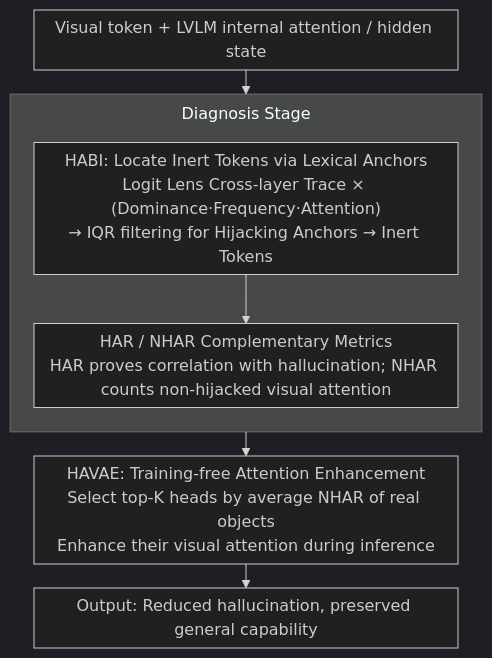
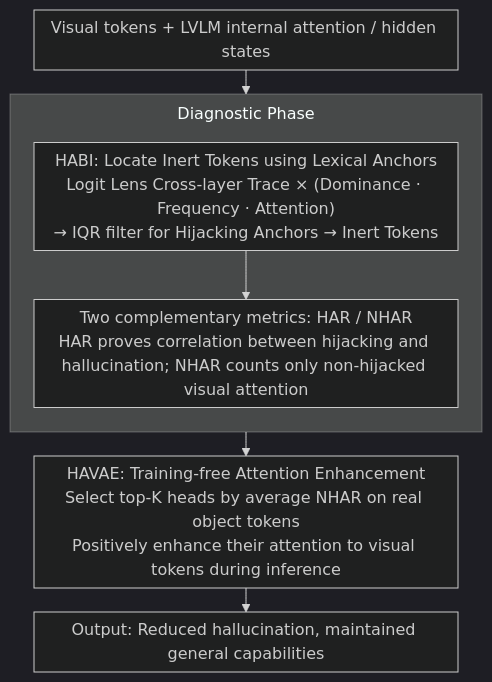
Before and after one commit to zhaoyang97/Paper-Notes-en: the diagram in docs/ACL2026/hallucination/vocabulary_hijacking_in_lvlms_unveiling_critical_attention_heads_by_excluding_in.md, drawn with Mermaid (dark theme). The commit also changed other lines of this file and 5084 other files, not shown here.

````diff
--- a/docs/ACL2026/hallucination/vocabulary_hijacking_in_lvlms_unveiling_critical_attention_heads_by_excluding_in.md
+++ b/docs/ACL2026/hallucination/vocabulary_hijacking_in_lvlms_unveiling_critical_attention_heads_by_excluding_in.md
@@ -47,12 +47,12 @@
 ```mermaid
 %%{init: {'flowchart': {'rankSpacing': 24, 'nodeSpacing': 28, 'padding': 6, 'wrappingWidth': 400, 'subGraphTitleMargin': {'top': 8, 'bottom': 16}}}}%%
 flowchart TD
-    A["Visual token + LVLM internal attention / hidden state"] --> DIAG
-    subgraph DIAG["Diagnosis Stage"]
+    A["Visual tokens + LVLM internal attention / hidden states"] --> DIAG
+    subgraph DIAG["Diagnostic Phase"]
         direction TB
-        B["HABI: Locate Inert Tokens via Lexical Anchors<br/>Logit Lens Cross-layer Trace × (Dominance·Frequency·Attention)<br/>→ IQR filtering for Hijacking Anchors → Inert Tokens"]
-        B --> C["HAR / NHAR Complementary Metrics<br/>HAR proves correlation with hallucination; NHAR counts non-hijacked visual attention"]
+        B["HABI: Locate Inert Tokens using Lexical Anchors<br/>Logit Lens Cross-layer Trace × (Dominance · Frequency · Attention)<br/>→ IQR filter for Hijacking Anchors → Inert Tokens"]
+        B --> C["Two complementary metrics: HAR / NHAR<br/>HAR proves correlation between hijacking and hallucination; NHAR counts only non-hijacked visual attention"]
     end
-    DIAG --> D["HAVAE: Training-free Attention Enhancement<br/>Select top-K heads by average NHAR of real objects<br/>Enhance their visual attention during inference"]
-    D --> E["Output: Reduced hallucination, preserved general capability"]
+    DIAG --> D["HAVAE: Training-free Attention Enhancement<br/>Select top-K heads by average NHAR on real object tokens<br/>Positively enhance their attention to visual tokens during inference"]
+    D --> E["Output: Reduced hallucination, maintained general capabilities"]
 ```
````
